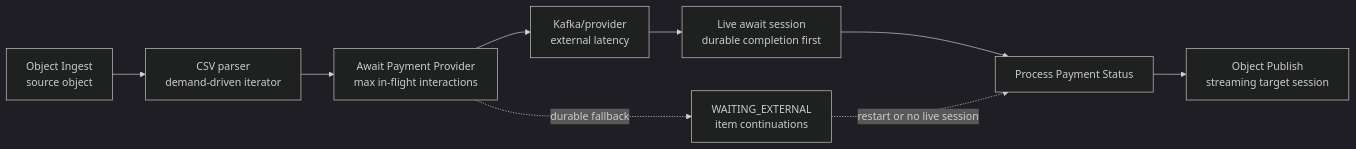
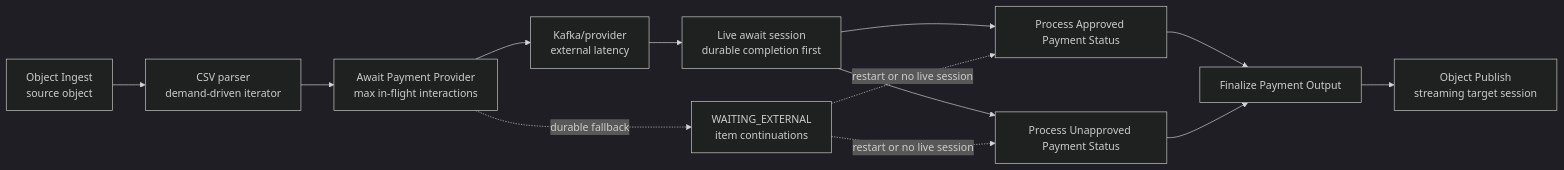
Before and after one commit to The-Pipeline-Framework/pipelineframework: the first of 2 diagrams in docs/deploy/concurrency-and-backpressure.md, drawn with Mermaid (dark theme). The commit also changed other lines of this file and 63 other files, not shown here.

````diff
--- a/docs/deploy/concurrency-and-backpressure.md
+++ b/docs/deploy/concurrency-and-backpressure.md
@@ -60,11 +60,15 @@
 ```mermaid
 flowchart LR
     A["Object Ingest<br/>source object"] --> B["CSV parser<br/>demand-driven iterator"]
     B --> C["Await Payment Provider<br/>max in-flight interactions"]
     C --> D["Kafka/provider<br/>external latency"]
     D --> E["Live await session<br/>durable completion first"]
-    E --> F["Process Payment Status"]
-    F --> G["Object Publish<br/>streaming target session"]
-    C -. "durable fallback" .-> H["WAITING_EXTERNAL<br/>item continuations"]
-    H -. "restart or no live session" .-> F
+    E --> F["Process Approved Payment Status"]
+    E --> G["Process Unapproved Payment Status"]
+    F --> H["Finalize Payment Output"]
+    G --> H
+    H --> I["Object Publish<br/>streaming target session"]
+    C -. "durable fallback" .-> J["WAITING_EXTERNAL<br/>item continuations"]
+    J -. "restart or no live session" .-> F
+    J -. "restart or no live session" .-> G
 ```
````
